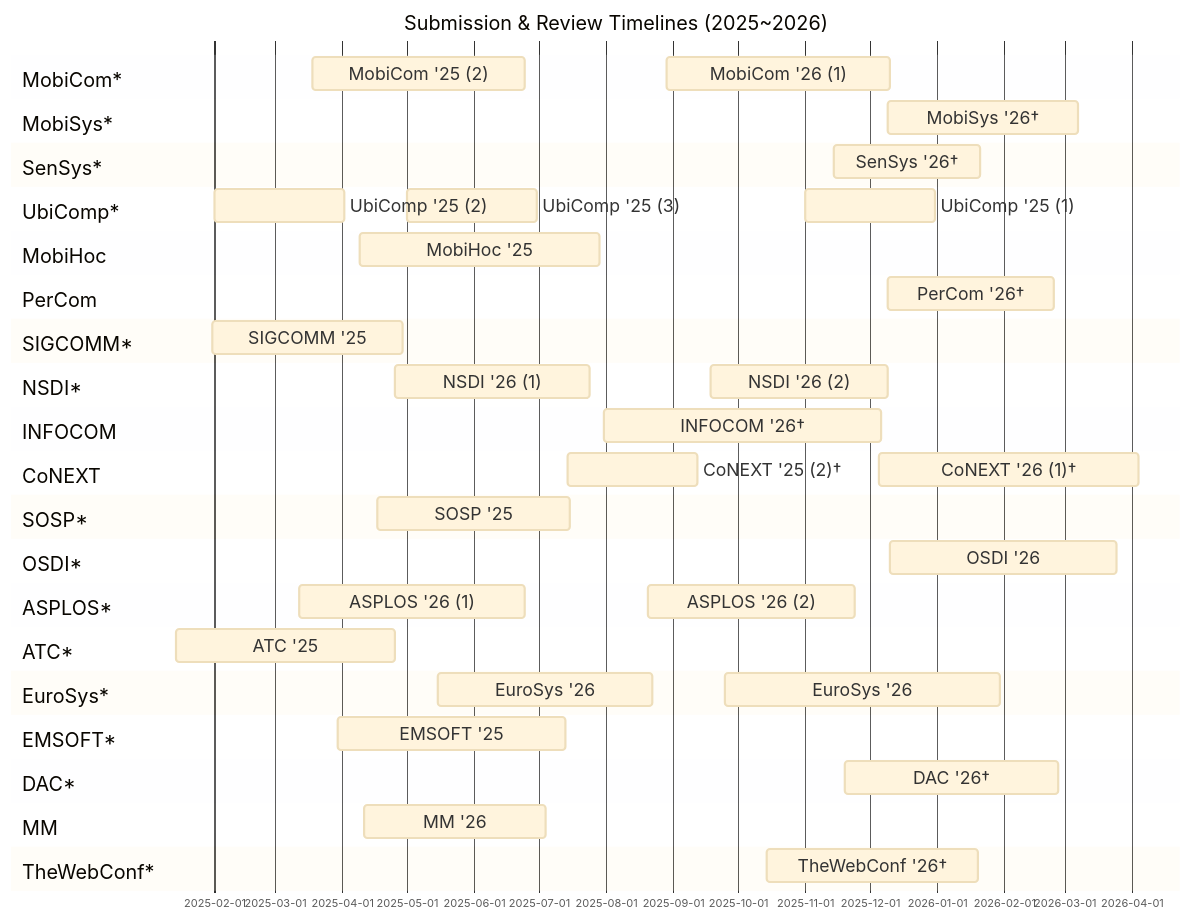
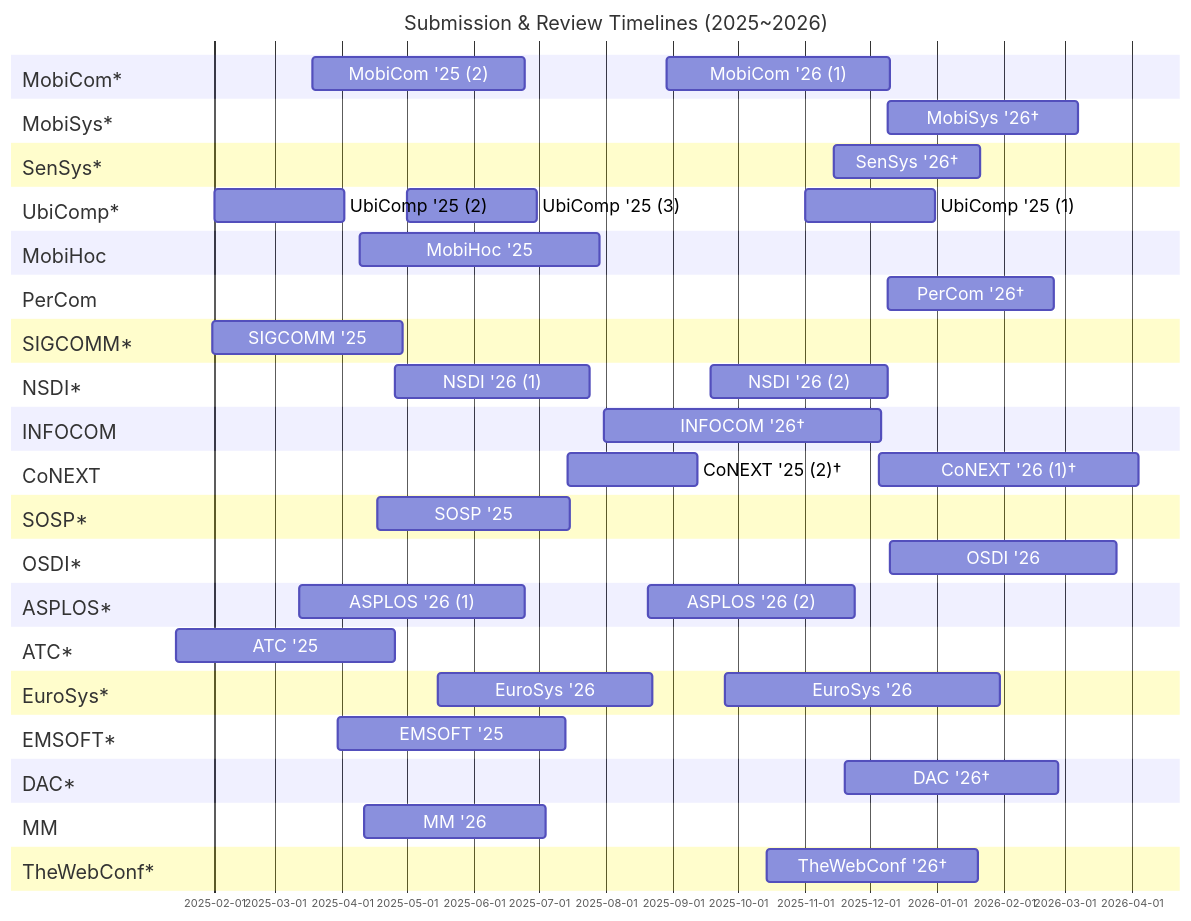
Before and after one commit to iamseonghoon/Mobile-Systems-Conference-Timelines: the diagram in README.md, drawn with Mermaid.

````diff
--- a/README.md
+++ b/README.md
@@ -8,5 +8,5 @@
 ```mermaid
-%%{init: {'theme': 'base',
+%%{init: {'theme': 'default',
 'themeVariables': {
       'fontSize': '18px'},
 "gantt": {
````
